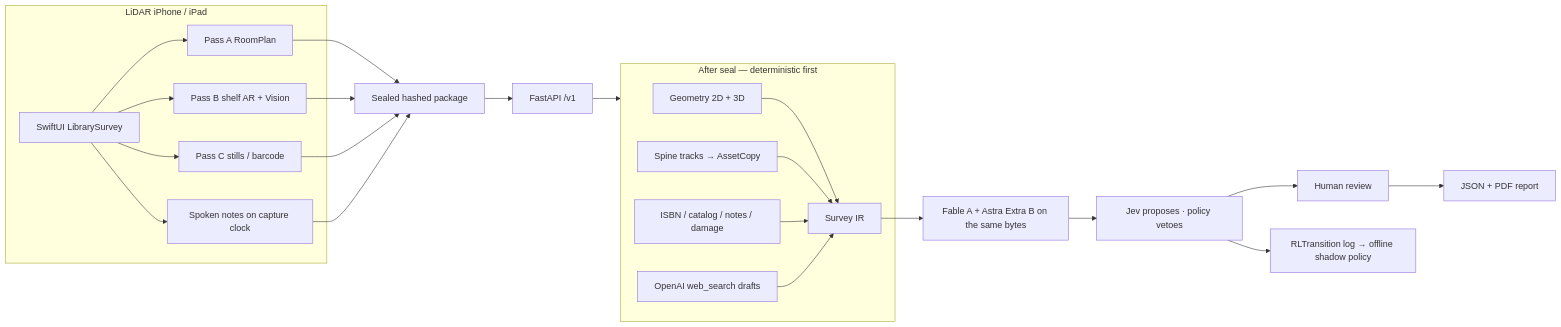
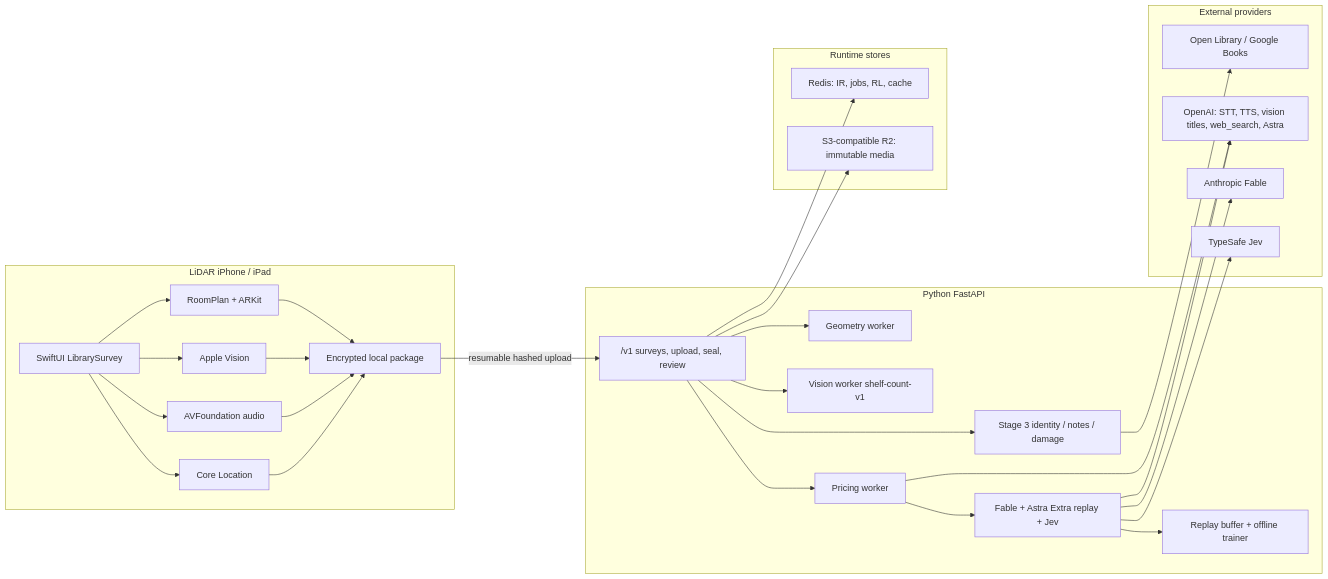
One commit to harshsinha-12/library-estimate changed the first of 16 diagrams in README.md. Above: the diagram before and after it, drawn with Mermaid. The commit also changed other lines of this file, not shown here.

First line of the commit message:
Put the full architecture diagrams in the README

````diff
--- a/README.md
+++ b/README.md
@@ -15,38 +17,56 @@
 ```mermaid
 flowchart LR
   subgraph Device["LiDAR iPhone / iPad"]
     APP["SwiftUI LibrarySurvey"]
-    RP["Pass A RoomPlan"]
-    SH["Pass B shelf AR + Vision"]
-    EX["Pass C stills / barcode"]
-    AV["Spoken notes on capture clock"]
+    RP["RoomPlan + ARKit"]
+    VN["Apple Vision"]
+    AV["AVFoundation audio"]
+    CL["Core Location"]
+    PKG["Encrypted local package"]
     APP --> RP
-    APP --> SH
-    APP --> EX
+    APP --> VN
     APP --> AV
+    APP --> CL
+    RP --> PKG
+    VN --> PKG
+    AV --> PKG
+    CL --> PKG
   end
 
-  PKG["Sealed hashed package"] --> API["FastAPI /v1"]
-  RP --> PKG
-  SH --> PKG
-  EX --> PKG
-  AV --> PKG
-
-  subgraph AfterSeal["After seal — deterministic first"]
-    GEO["Geometry 2D + 3D"]
-    CV["Spine tracks → AssetCopy"]
-    ID["ISBN / catalog / notes / damage"]
-    PRICE["OpenAI web_search drafts"]
-    GEO --> IR["Survey IR"]
-    CV --> IR
-    ID --> IR
-    PRICE --> IR
+  subgraph Backend["Python FastAPI"]
+    API["/v1 surveys, upload, seal, review"]
+    GEO["Geometry worker"]
+    CV["Vision worker shelf-count-v1"]
+    S3W["Stage 3 identity / notes / damage"]
+    PRICE["Pricing worker"]
+    MOD["Fable + Astra Extra replay + Jev"]
+    RL["Replay buffer + offline trainer"]
+    API --> GEO
+    API --> CV
+    API --> S3W
+    API --> PRICE
+    PRICE --> MOD
+    MOD --> RL
   end
 
-  API --> AfterSeal
-  IR --> AB["Fable A + Astra Extra B on the same bytes"]
-  AB --> JEV["Jev proposes · policy vetoes"]
-  JEV --> HUM["Human review"]
-  HUM --> RPT["JSON + PDF report"]
-  JEV --> RL["RLTransition log → offline shadow policy"]
+  subgraph Stores["Runtime stores"]
+    REDIS["Redis: IR, jobs, RL, cache"]
+    R2["S3-compatible R2: immutable media"]
+  end
+
+  subgraph Providers["External providers"]
+    OL["Open Library / Google Books"]
+    OAI["OpenAI: STT, TTS, vision titles, web_search, Astra"]
+    ANT["Anthropic Fable"]
+    JEV["TypeSafe Jev"]
+  end
+
+  PKG -->|"resumable hashed upload"| API
+  API --> REDIS
+  API --> R2
+  S3W --> OL
+  PRICE --> OAI
+  MOD --> ANT
+  MOD --> OAI
+  MOD --> JEV
 ```
````
